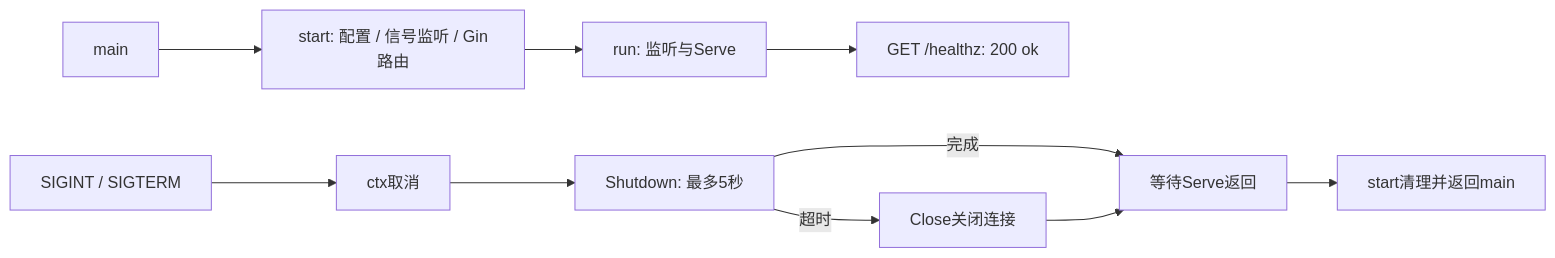
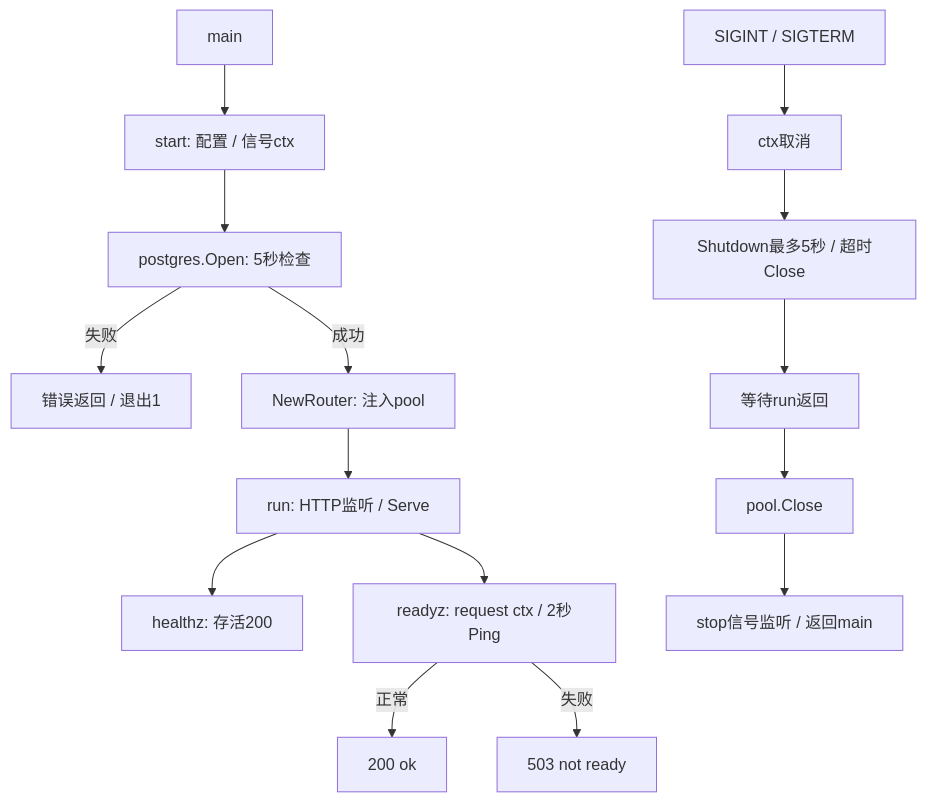
One commit to yz1qaq/asterflow changed the diagram in README.md. Above: the diagram before and after it, drawn with Mermaid. The commit also changed other lines of this file and 23 other files, not shown here.

````diff
--- a/README.md
+++ b/README.md
@@ -69,12 +73,17 @@
 ```mermaid
-flowchart LR
-    A[main] --> B[start: 配置 / 信号监听 / Gin路由]
-    B --> C[run: 监听与Serve]
-    C --> D[GET /healthz: 200 ok]
-    E[SIGINT / SIGTERM] --> F[ctx取消]
-    F --> G[Shutdown: 最多5秒]
-    G -->|完成| H[等待Serve返回]
-    G -->|超时| I[Close关闭连接]
-    I --> H
-    H --> J[start清理并返回main]
+flowchart TD
+    A[main] --> B[start: 配置 / 信号ctx]
+    B --> C[postgres.Open: 5秒检查]
+    C -->|失败| X[错误返回 / 退出1]
+    C -->|成功| D[NewRouter: 注入pool]
+    D --> E[run: HTTP监听 / Serve]
+    E --> H[healthz: 存活200]
+    E --> R[readyz: request ctx / 2秒Ping]
+    R -->|正常| OK[200 ok]
+    R -->|失败| NO[503 not ready]
+    SIG[SIGINT / SIGTERM] --> F[ctx取消]
+    F --> G[Shutdown最多5秒 / 超时Close]
+    G --> I[等待run返回]
+    I --> P[pool.Close]
+    P --> S[stop信号监听 / 返回main]
 ```
````
